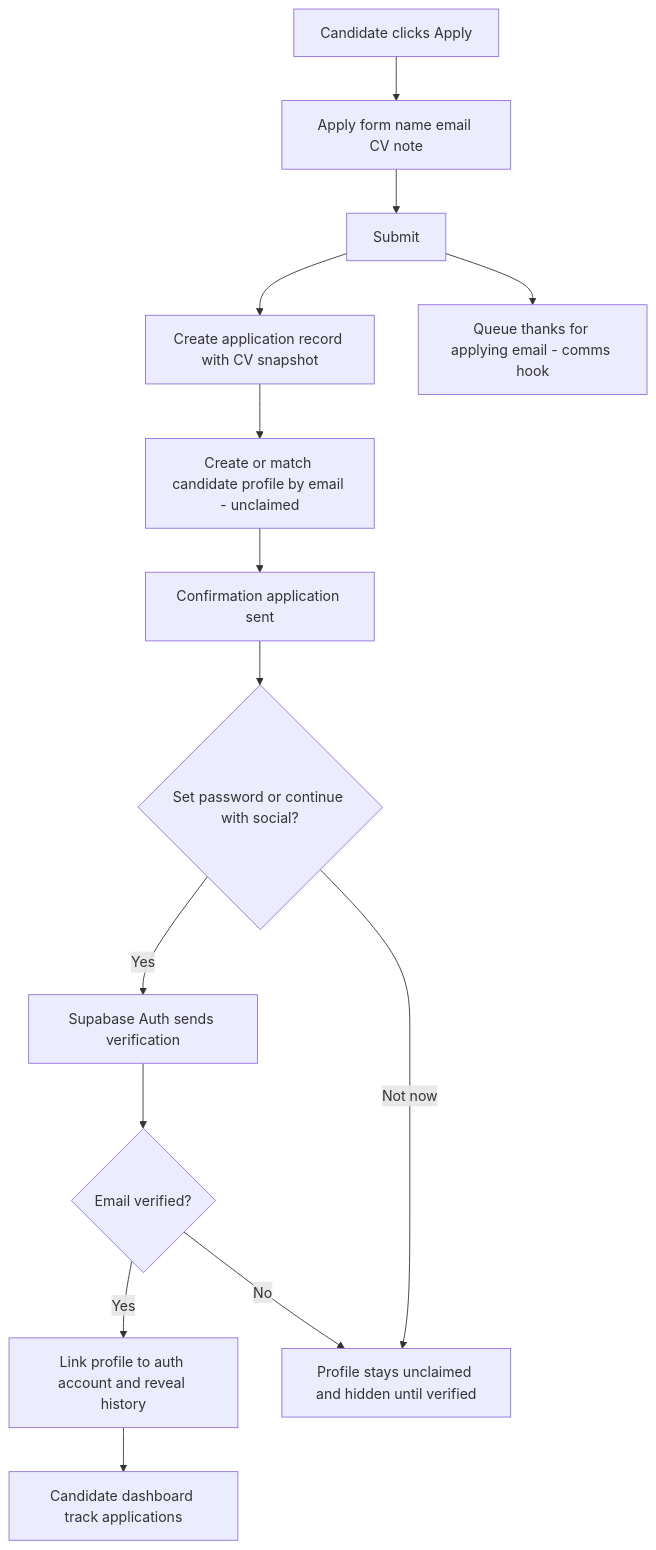
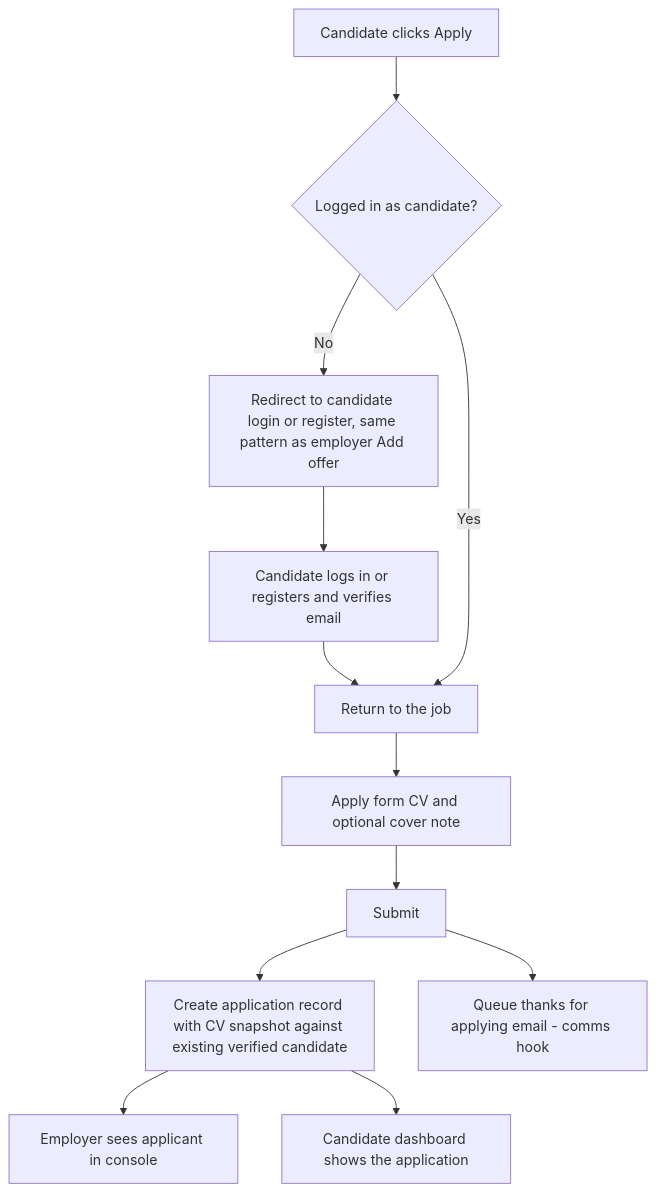
Before and after one commit to PABCon/soit: the diagram in docs/flows/flow-b-apply-account.mmd, drawn with Mermaid. The commit also changed 26 other files, not shown here.

```diff
--- a/docs/flows/flow-b-apply-account.mmd
+++ b/docs/flows/flow-b-apply-account.mmd
@@ -1,14 +1,12 @@
 flowchart TD
-    A[Candidate clicks Apply] --> B[Apply form name email CV note]
-    B --> C[Submit]
-    C --> D[Create application record with CV snapshot]
-    C --> L[Queue thanks for applying email - comms hook]
-    D --> E[Create or match candidate profile by email - unclaimed]
-    E --> F[Confirmation application sent]
-    F --> G{Set password or continue with social?}
-    G -->|Yes| H[Supabase Auth sends verification]
-    H --> V{Email verified?}
-    V -->|Yes| I[Link profile to auth account and reveal history]
-    V -->|No| K
-    I --> J[Candidate dashboard track applications]
-    G -->|Not now| K[Profile stays unclaimed and hidden until verified]
+    A[Candidate clicks Apply] --> B{Logged in as candidate?}
+    B -->|No| C[Redirect to candidate login or register, same pattern as employer Add offer]
+    C --> D[Candidate logs in or registers and verifies email]
+    D --> E[Return to the job]
+    B -->|Yes| E
+    E --> F[Apply form CV and optional cover note]
+    F --> G[Submit]
+    G --> H[Create application record with CV snapshot against existing verified candidate]
+    G --> L[Queue thanks for applying email - comms hook]
+    H --> I[Employer sees applicant in console]
+    H --> J[Candidate dashboard shows the application]
```
